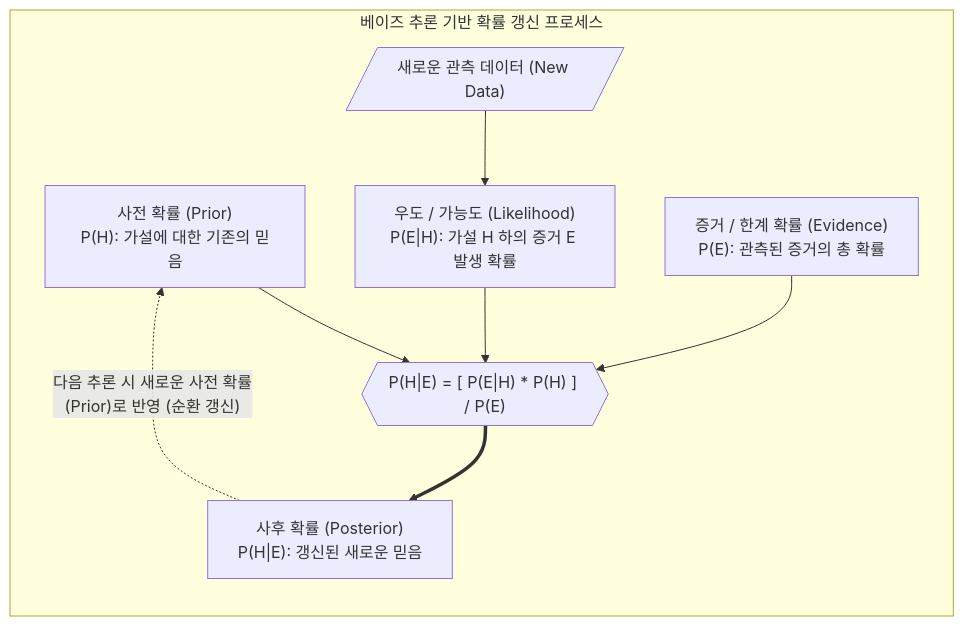
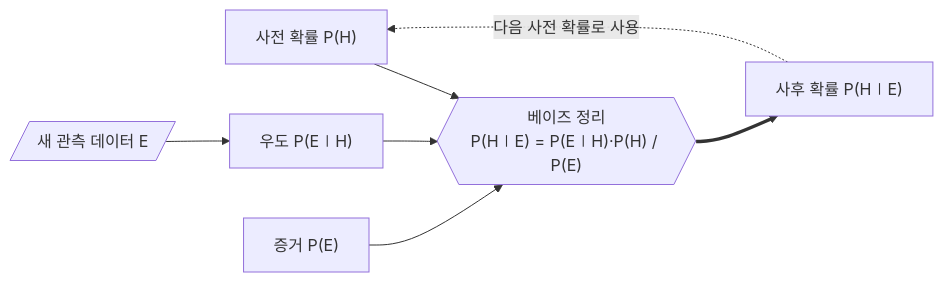
The diagram in content/01_IT Tech/베이즈 추론.md (supremethumb/supremethumb.github.io), drawn with Mermaid before and after one commit. The commit also changed other lines of this file and 1087 other files, not shown here.

````diff
--- a/content/01_IT Tech/베이즈 추론.md
+++ b/content/01_IT Tech/베이즈 추론.md
@@ -28,26 +35,8 @@
 ```mermaid
 flowchart LR
-    subgraph Bayesian_Process["베이즈 추론 기반 확률 갱신 프로세스"]
-        direction TB
-        
-        Prior["사전 확률 (Prior)<br/>P(H): 가설에 대한 기존의 믿음"]
-        Likelihood["우도 / 가능도 (Likelihood)<br/>P(E|H): 가설 H 하의 증거 E 발생 확률"]
-        Evidence["증거 / 한계 확률 (Evidence)<br/>P(E): 관측된 증거의 총 확률"]
-        
-        Prior --> Formula
-        Likelihood --> Formula
-        Evidence --> Formula
-        
-        Formula{{"P(H|E) = [ P(E|H) * P(H) ] / P(E)"}}
-        
-        Posterior["사후 확률 (Posterior)<br/>P(H|E): 갱신된 새로운 믿음"]
-        
-        Formula ==> Posterior
-        
-        Data[/"새로운 관측 데이터 (New Data)"/]
-        Data --> Likelihood
-        
-        Posterior -. "다음 추론 시 새로운 사전 확률(Prior)로 반영 (순환 갱신)" .-> Prior
-    end
-
+    PR["사전 확률 P(H)"] --> BR{{"베이즈 정리<br/>P(H∣E) = P(E∣H)·P(H) / P(E)"}}
+    D[/"새 관측 데이터 E"/] --> LK["우도 P(E∣H)"] --> BR
+    EV["증거 P(E)"] --> BR
+    BR ==> PO["사후 확률 P(H∣E)"]
+    PO -. "다음 사전 확률로 사용" .-> PR
 ```
````
